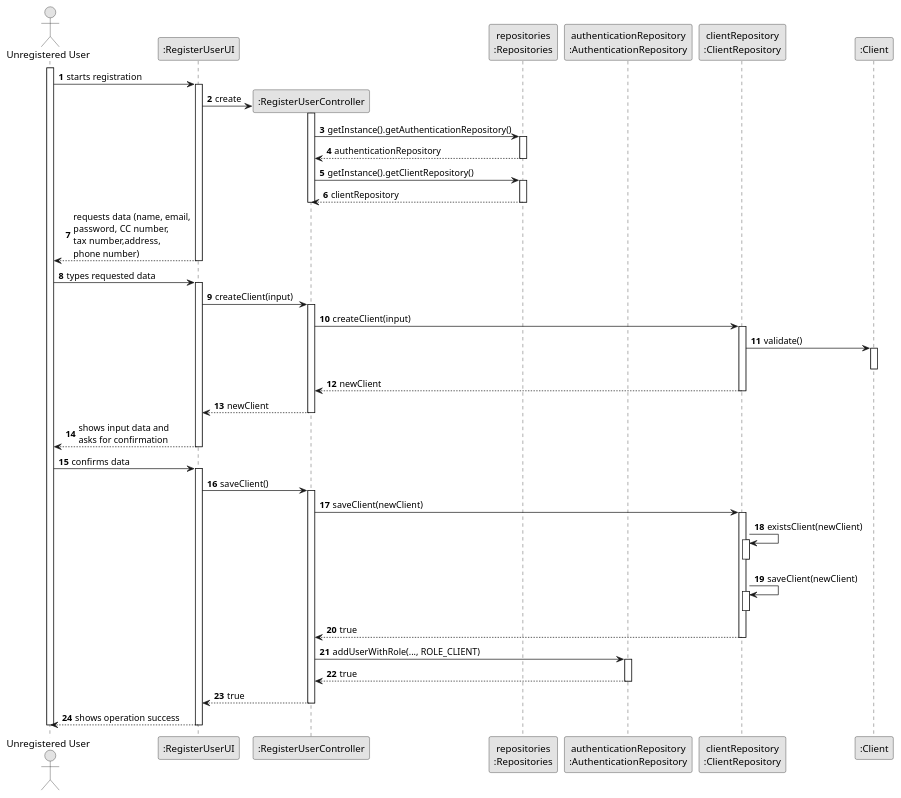
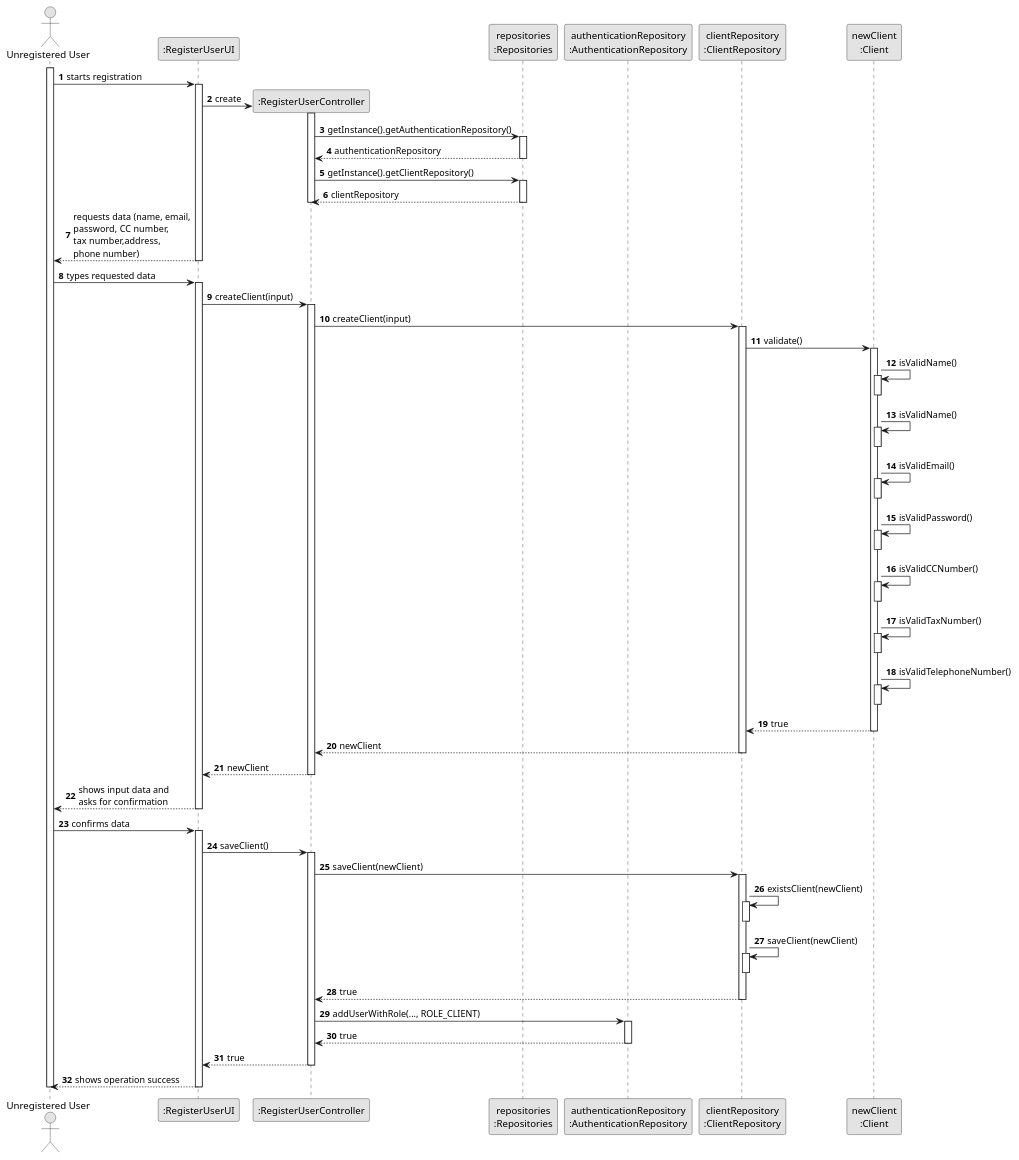
One commit to tiagohcorreia/LAPR2 changed the diagram in docs/sprintC/US007/03.design/puml/us007-sequence-diagram.puml. Above: the diagram before and after it, drawn with PlantUML. The commit also changed 1 other file, not shown here.

Commit message:
US07 - Added validation logic the Sequence Diagram

```diff
--- a/docs/sprintC/US007/03.design/puml/us007-sequence-diagram.puml
+++ b/docs/sprintC/US007/03.design/puml/us007-sequence-diagram.puml
@@ -1,67 +1,89 @@
 @startuml
 'https://plantuml.com/sequence-diagram
 
 skinparam monochrome true
 skinparam shadowing false
 autonumber
 
 actor "Unregistered User" as uu
 participant ":RegisterUserUI" as ui
 participant ":RegisterUserController" as ctrl
 participant "repositories\n:Repositories" as repos
 participant "authenticationRepository\n:AuthenticationRepository" as authRepo
 participant "clientRepository\n:ClientRepository" as clientRepo
-participant ":Client" as client
+participant "newClient\n:Client" as client
 
 activate uu
 uu -> ui: starts registration
 activate ui
 ui -> ctrl**: create
 activate ctrl
 ctrl -> repos: getInstance().getAuthenticationRepository()
 activate repos
 return authenticationRepository
 ctrl -> repos: getInstance().getClientRepository()
 activate repos
 return clientRepository
 deactivate ctrl
 return requests data (name, email,\npassword, CC number,\ntax number,address,\nphone number)
 
 uu -> ui: types requested data
 activate ui
 
 ui -> ctrl: createClient(input)
 activate ctrl
 ctrl -> clientRepo: createClient(input)
 activate clientRepo
 clientRepo -> client: validate()
 activate client
+    client -> client: isValidName()
+    activate client
+    deactivate client
+    client -> client: isValidName()
+    activate client
+    deactivate client
+    client -> client: isValidEmail()
+    activate client
+    deactivate client
+    client -> client: isValidPassword()
+    activate client
+    deactivate client
+    client -> client: isValidCCNumber()
+    activate client
+    deactivate client
+    client -> client: isValidTaxNumber()
+    activate client
+    deactivate client
+    client -> client: isValidTelephoneNumber()
+    activate client
 deactivate client
+return true
+
 return newClient
 return newClient
 return shows input data and\nasks for confirmation
 
 uu -> ui: confirms data
 activate ui
 ui -> ctrl: saveClient()
 activate ctrl
 ctrl -> clientRepo: saveClient(newClient)
 activate clientRepo
 clientRepo -> clientRepo: existsClient(newClient)
 activate clientRepo
 deactivate clientRepo
 clientRepo -> clientRepo: saveClient(newClient)
 activate clientRepo
 deactivate clientRepo
 return true
 ctrl -> authRepo: addUserWithRole(..., ROLE_CLIENT)
 activate authRepo
 return true
 return true
 return shows operation success
 
 
 
 
 deactivate uu
 @enduml
```
